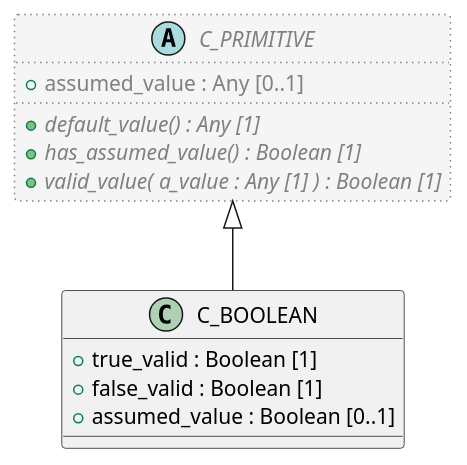
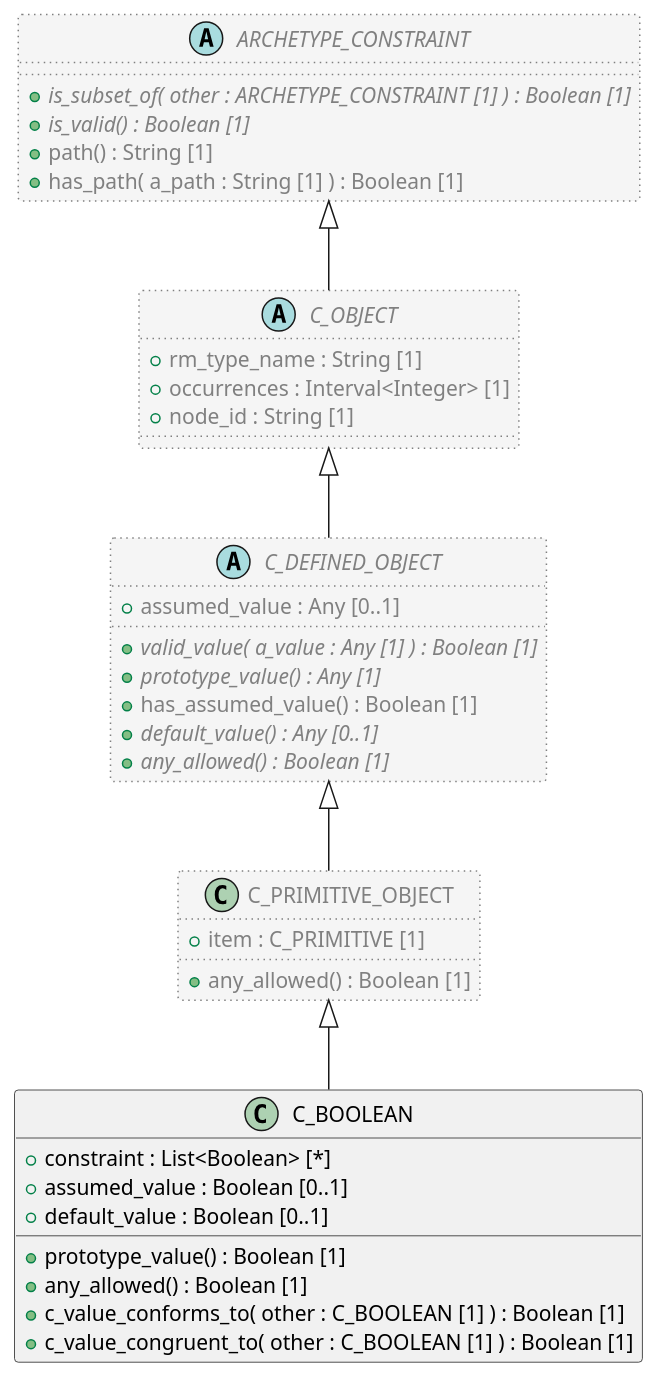
Before and after one commit to sebastian-iancu/code-generator: the diagram in code/PlantUML/openehr_am_2.3.0/org/openehr/am/aom2/constraint_model/primitive/C_BOOLEAN.puml, drawn with PlantUML. The commit also changed 140 other files, not shown here.

Commit message:
regenerate plantUML variant

```diff
--- a/code/PlantUML/openehr_am_2.3.0/org/openehr/am/aom2/constraint_model/primitive/C_BOOLEAN.puml
+++ b/code/PlantUML/openehr_am_2.3.0/org/openehr/am/aom2/constraint_model/primitive/C_BOOLEAN.puml
@@ -1,19 +1,49 @@
 @startuml
 
 class C_BOOLEAN {
-  + true_valid : Boolean [1]
-  + false_valid : Boolean [1]
+  + constraint : List<Boolean> [*]
   + assumed_value : Boolean [0..1]
+  + default_value : Boolean [0..1]
+  + prototype_value() : Boolean [1]
+  + any_allowed() : Boolean [1]
+  + c_value_conforms_to( other : C_BOOLEAN [1] ) : Boolean [1]
+  + c_value_congruent_to( other : C_BOOLEAN [1] ) : Boolean [1]
 }
 
-abstract class C_PRIMITIVE  #whitesmoke;line:gray;line.dotted;text:gray {
-  + assumed_value : Any [0..1]
-  + {abstract} default_value() : Any [1]
-  + {abstract} has_assumed_value() : Boolean [1]
-  + {abstract} valid_value( a_value : Any [1] ) : Boolean [1]
+class C_PRIMITIVE_OBJECT  #whitesmoke;line:gray;line.dotted;text:gray {
+  + item : C_PRIMITIVE [1]
+  + any_allowed() : Boolean [1]
 }
 
-C_PRIMITIVE <|-- C_BOOLEAN
+abstract class C_DEFINED_OBJECT  #whitesmoke;line:gray;line.dotted;text:gray {
+  + assumed_value : Any [0..1]
+  + {abstract} valid_value( a_value : Any [1] ) : Boolean [1]
+  + {abstract} prototype_value() : Any [1]
+  + has_assumed_value() : Boolean [1]
+  + {abstract} default_value() : Any [0..1]
+  + {abstract} any_allowed() : Boolean [1]
+}
+
+abstract class C_OBJECT  #whitesmoke;line:gray;line.dotted;text:gray {
+  + rm_type_name : String [1]
+  + occurrences : Interval<Integer> [1]
+  + node_id : String [1]
+}
+
+abstract class ARCHETYPE_CONSTRAINT  #whitesmoke;line:gray;line.dotted;text:gray {
+  + {abstract} is_subset_of( other : ARCHETYPE_CONSTRAINT [1] ) : Boolean [1]
+  + {abstract} is_valid() : Boolean [1]
+  + path() : String [1]
+  + has_path( a_path : String [1] ) : Boolean [1]
+}
+
+ARCHETYPE_CONSTRAINT <|-- C_OBJECT
+
+C_OBJECT <|-- C_DEFINED_OBJECT
+
+C_DEFINED_OBJECT <|-- C_PRIMITIVE_OBJECT
+
+C_PRIMITIVE_OBJECT <|-- C_BOOLEAN
 
 
 @enduml
```
